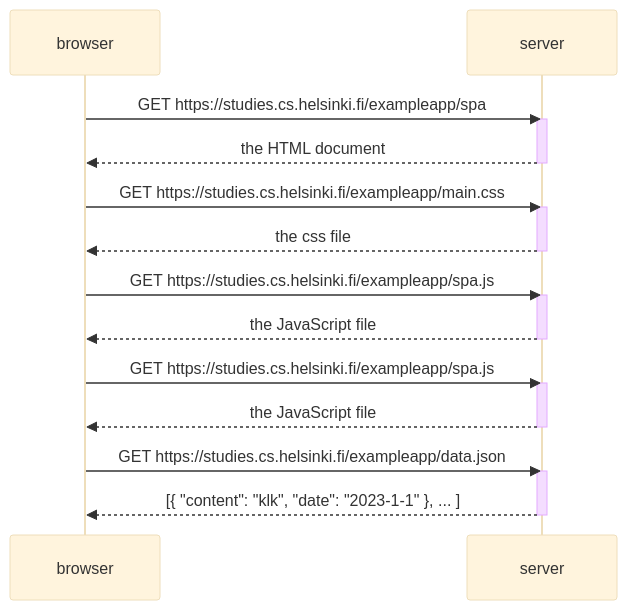
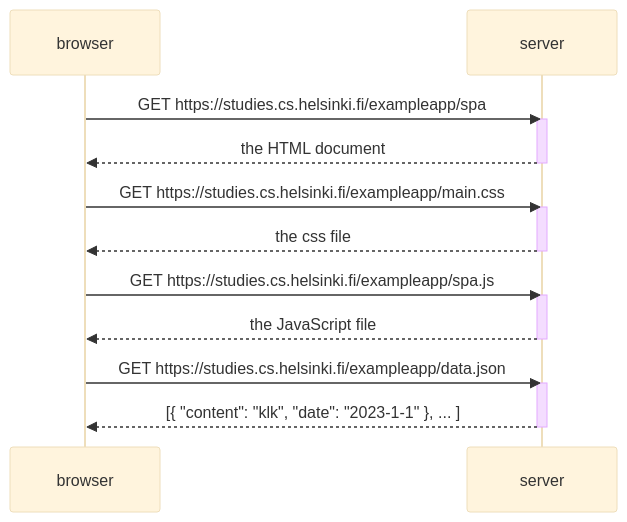
The diagram in PART0/05-GETDiagramSPA.MMD (dhiegoferreira/FullStackOpenCourse), drawn with Mermaid (base theme) before and after one commit.

```diff
--- a/PART0/05-GETDiagramSPA.MMD
+++ b/PART0/05-GETDiagramSPA.MMD
@@ -1,32 +1,26 @@
 sequenceDiagram
     participant browser
     participant server
 
     
     browser->>server: GET https://studies.cs.helsinki.fi/exampleapp/spa
     activate server
     server-->>browser: the HTML document
     deactivate server
 
     browser->>server: GET https://studies.cs.helsinki.fi/exampleapp/main.css
     activate server
     server-->>browser: the css file
     deactivate server
 
     browser->>server: GET https://studies.cs.helsinki.fi/exampleapp/spa.js
     activate server
     server-->>browser: the JavaScript file
     deactivate server
 
 
-    browser->>server: GET https://studies.cs.helsinki.fi/exampleapp/spa.js
-    activate server
-    server-->>browser: the JavaScript file
-    deactivate server
-
-
 
     browser->>server: GET https://studies.cs.helsinki.fi/exampleapp/data.json
     activate server
     server-->>browser: [{ "content": "klk", "date": "2023-1-1" }, ... ]
     deactivate server
```
